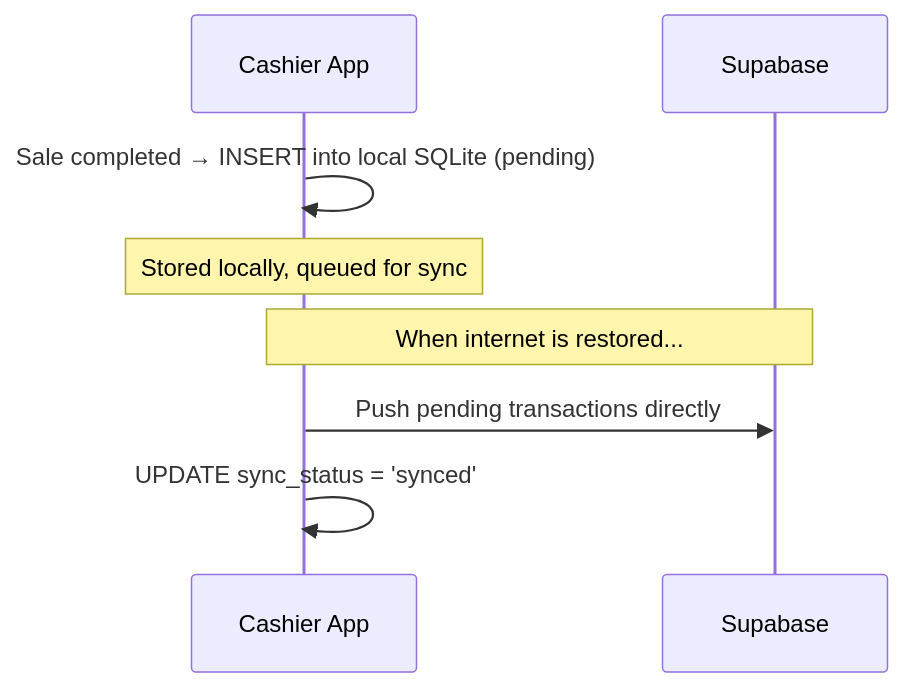
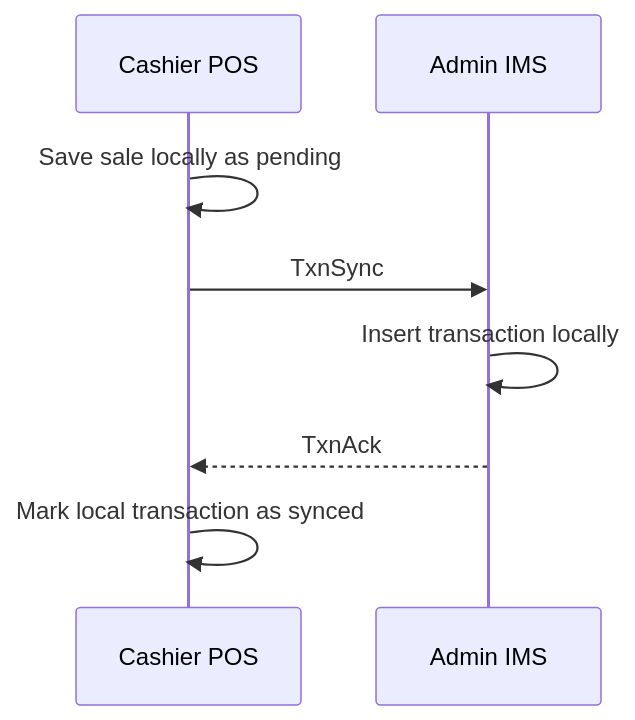
The sixth of 7 diagrams in docs/04-networking.md (BootlegYouki/at-iba-pa-pos), drawn with Mermaid before and after one commit. The commit also changed other lines of this file and 10 other files, not shown here.

First line of the commit message:
Refactor user guide and database schema documentation; enhance export reports feature

````diff
--- a/docs/04-networking.md
+++ b/docs/04-networking.md
@@ -211,12 +176,11 @@
 ```mermaid
 sequenceDiagram
-    participant Cashier as Cashier App
-    participant Cloud as Supabase
+    participant Cashier as Cashier POS
+    participant Admin as Admin IMS
 
-    Cashier->>Cashier: Sale completed → INSERT into local SQLite (pending)
-    Note over Cashier: Stored locally, queued for sync
-    
-    Note over Cashier,Cloud: When internet is restored...
-    Cashier->>Cloud: Push pending transactions directly
-    Cashier->>Cashier: UPDATE sync_status = 'synced'
+    Cashier->>Cashier: Save sale locally as pending
+    Cashier->>Admin: TxnSync
+    Admin->>Admin: Insert transaction locally
+    Admin-->>Cashier: TxnAck
+    Cashier->>Cashier: Mark local transaction as synced
 ```
````
